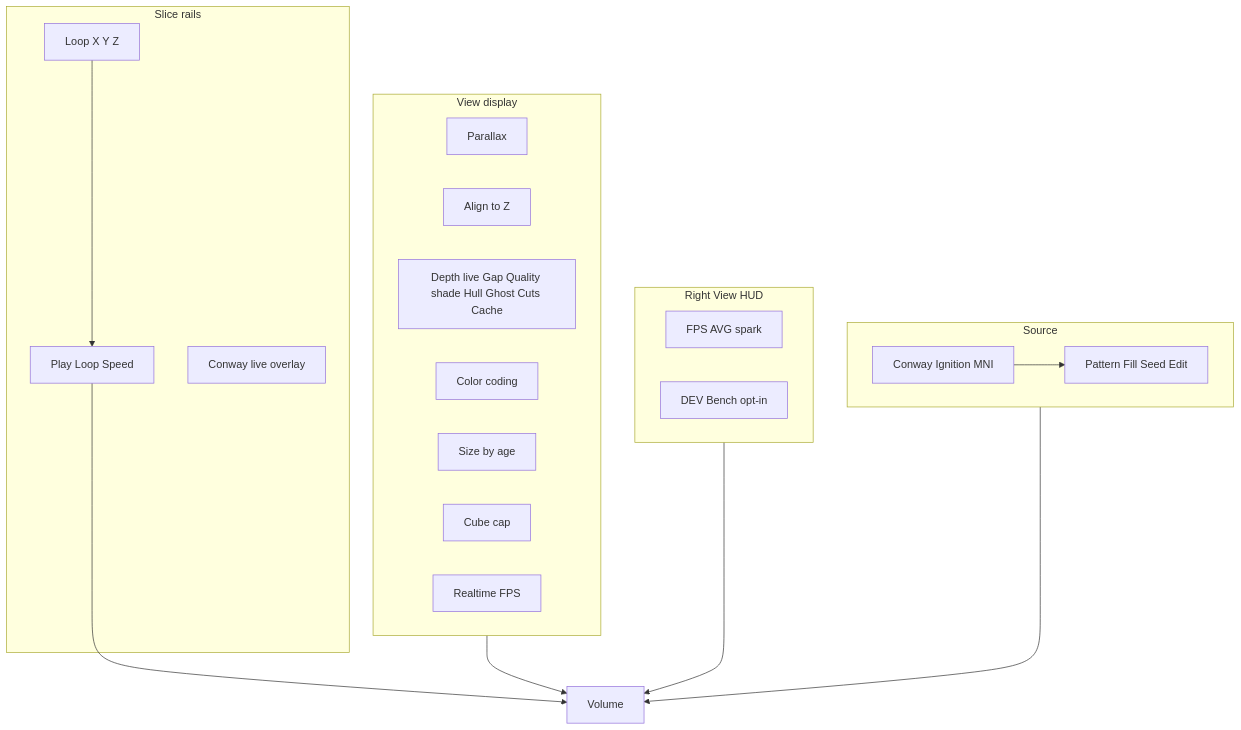
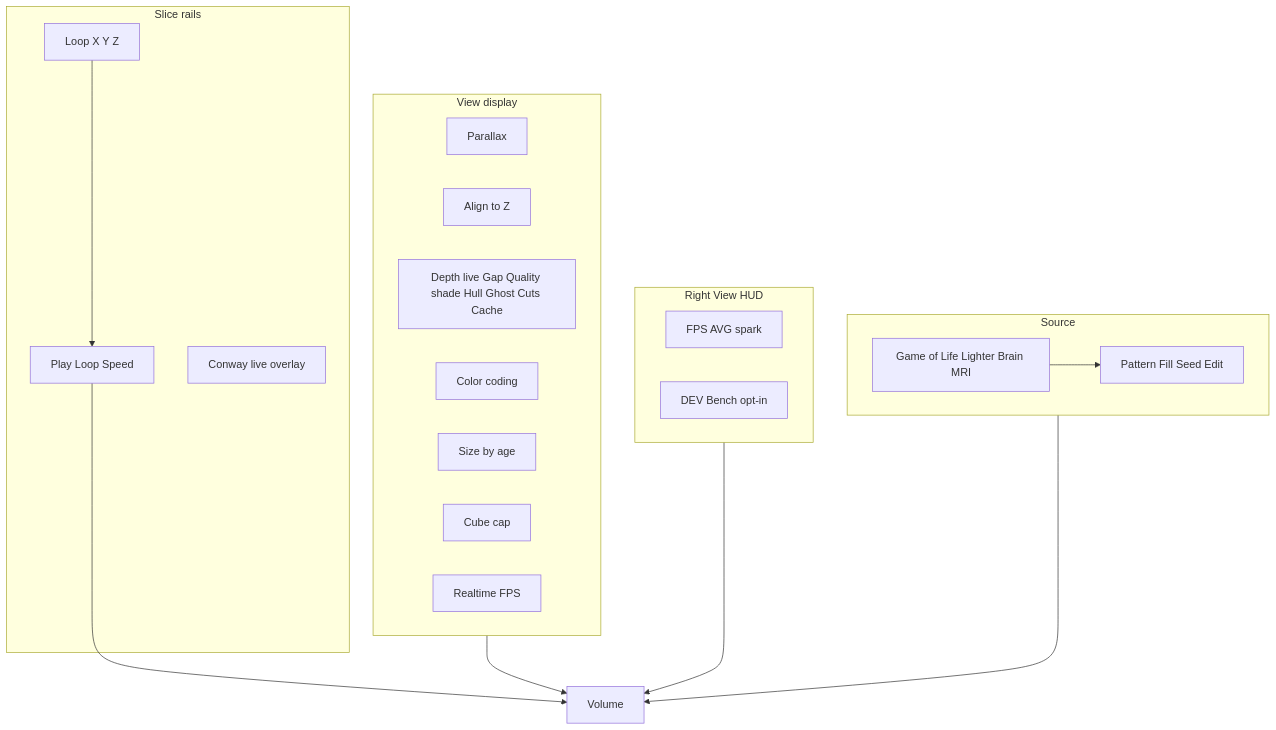
One commit to PiMaV/DONNER changed the fifth of 32 diagrams in architecture.md. Above: the diagram before and after it, drawn with Mermaid. The commit also changed other lines of this file and 25 other files, not shown here.

````diff
--- a/architecture.md
+++ b/architecture.md
@@ -134,31 +134,31 @@
 ```mermaid
 flowchart TB
   subgraph view [View display]
     bird[Parallax]
     align[Align to Z]
     win[Depth live Gap Quality shade Hull Ghost Cuts Cache]
     color[Color coding]
     stab[Size by age]
     cap[Cube cap]
     fps[Realtime FPS]
   end
   subgraph hud [Right View HUD]
     telemetry[FPS AVG spark]
     bench[DEV Bench opt-in]
   end
   subgraph source [Source]
-    kind[Conway Ignition MNI]
+    kind[Game of Life Lighter Brain MRI]
     conway[Pattern Fill Seed Edit]
   end
   subgraph rails [Slice rails]
     play[Play Loop Speed]
     axes[Loop X Y Z]
     gen[Conway live overlay]
   end
   view --> volume[Volume]
   hud --> volume
   play --> volume
   source --> volume
   kind --> conway
   axes --> play
 ```
````
